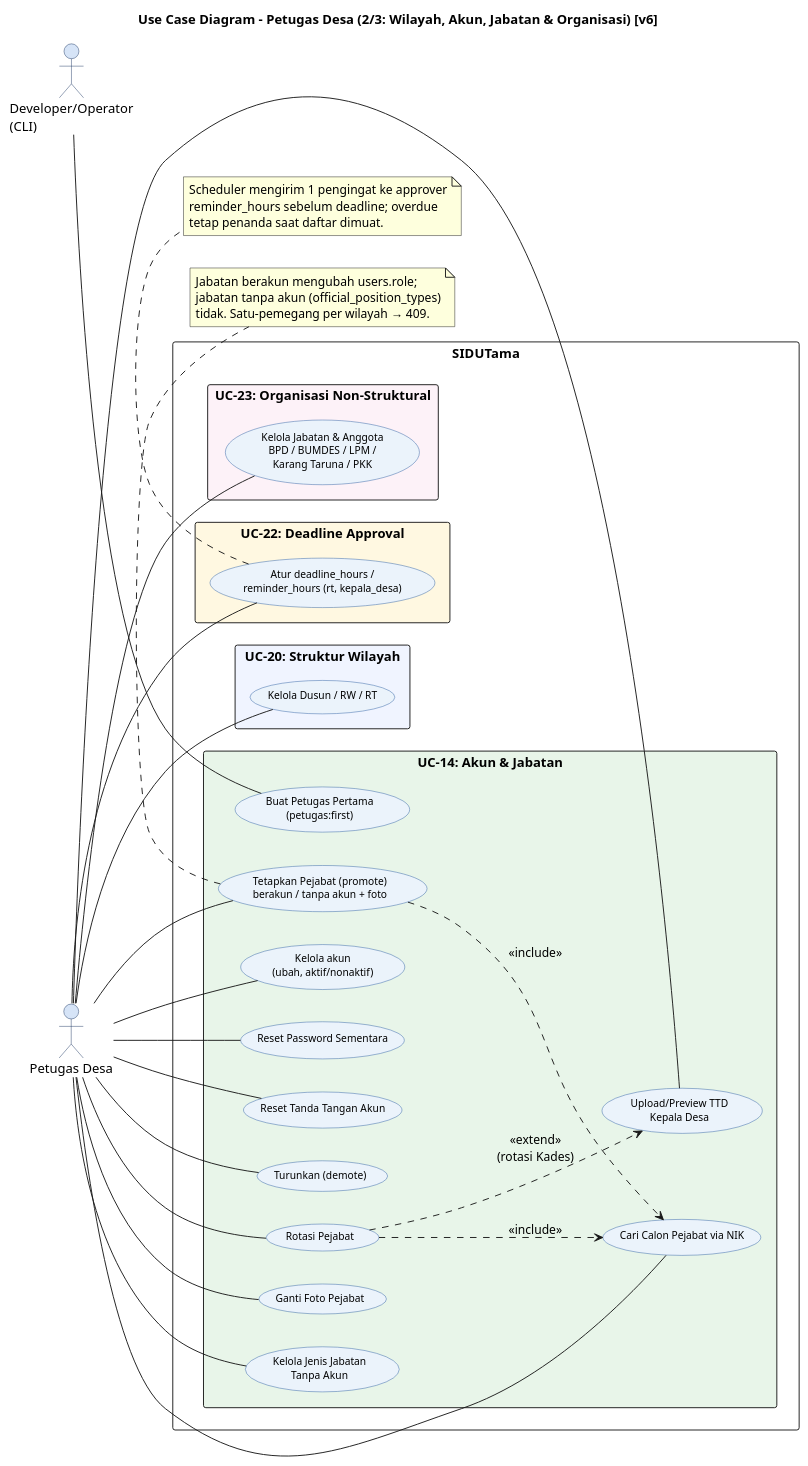
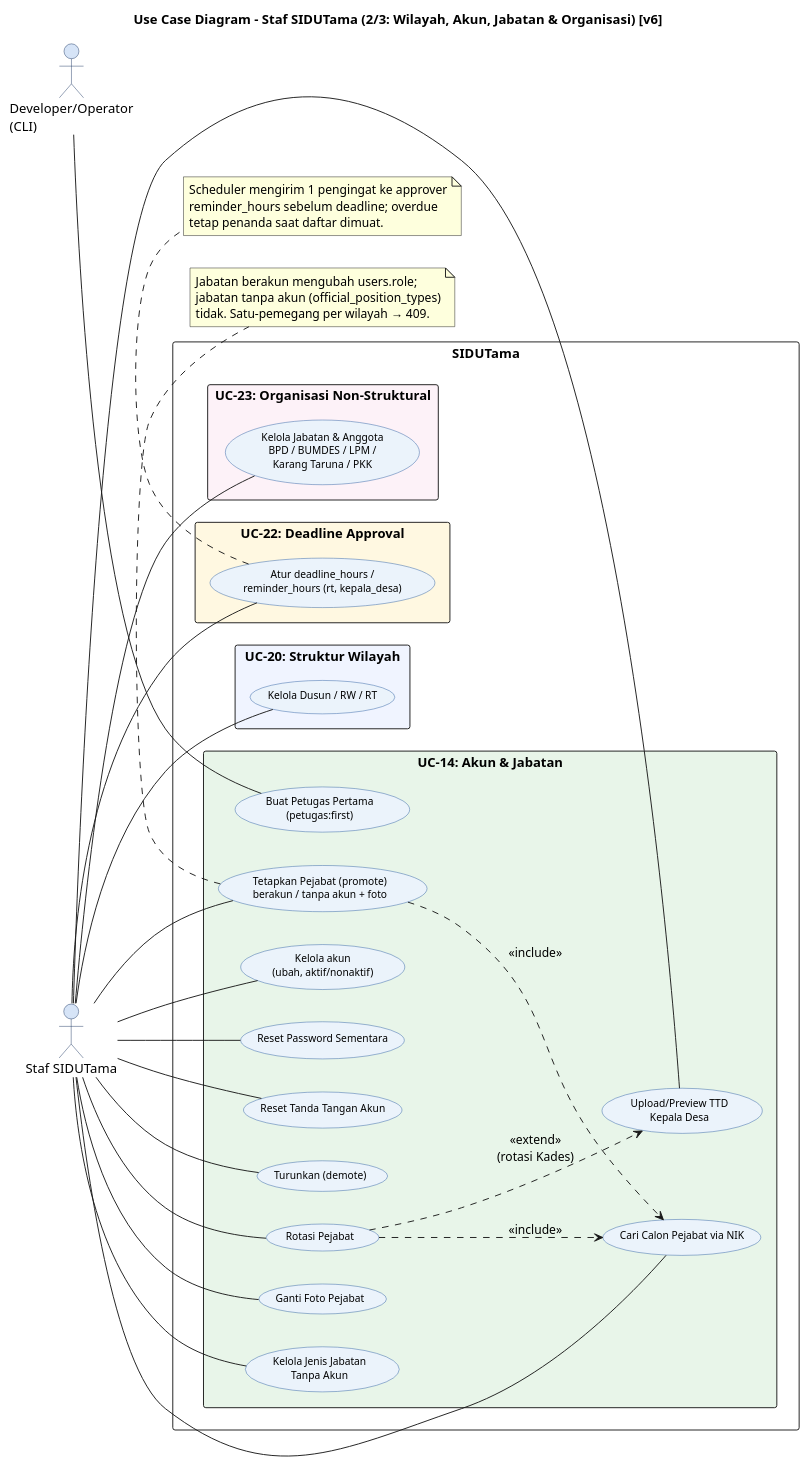
Before and after one commit to Vextronode/sid-app: the diagram in docs/diagram/code/usecase/03_UC_PetugasDesa_WilayahJabatan_v6.puml, drawn with PlantUML. The commit also changed other lines of this file and 458 other files, not shown here.

```diff
--- a/docs/diagram/code/usecase/03_UC_PetugasDesa_WilayahJabatan_v6.puml
+++ b/docs/diagram/code/usecase/03_UC_PetugasDesa_WilayahJabatan_v6.puml
@@ -9,73 +9,73 @@
 @startuml UC_PetugasDesa_Jabatan_v6
 left to right direction
 skinparam packageStyle rectangle
 skinparam backgroundColor #FFFFFF
 skinparam usecase {
   BackgroundColor #EBF3FB
   BorderColor #2E5FA3
   FontName Arial
   FontSize 11
 }
 skinparam actor {
   BackgroundColor #D6E4F7
   BorderColor #1F3864
 }
-title Use Case Diagram - Petugas Desa (2/3: Wilayah, Akun, Jabatan & Organisasi) [v6]
+title Use Case Diagram - Staf SIDUTama (2/3: Wilayah, Akun, Jabatan & Organisasi) [v6]
 
-actor "Petugas Desa" as PD
+actor "Staf SIDUTama" as PD
 actor "Developer/Operator\n(CLI)" as DEV
 
 rectangle "SIDUTama" {
   rectangle "UC-20: Struktur Wilayah" #F0F4FF {
     usecase "Kelola Dusun / RW / RT" as UC_REGION
   }
   rectangle "UC-14: Akun & Jabatan" #E8F5E9 {
     usecase "Kelola akun\n(ubah, aktif/nonaktif)" as UC_USER
     usecase "Reset Password Sementara" as UC_RESETPW
     usecase "Reset Tanda Tangan Akun" as UC_RESETSIG
     usecase "Cari Calon Pejabat via NIK" as UC_CAND
     usecase "Tetapkan Pejabat (promote)\nberakun / tanpa akun + foto" as UC_PROMOTE
     usecase "Turunkan (demote)" as UC_DEMOTE
     usecase "Rotasi Pejabat" as UC_ROTATE
     usecase "Ganti Foto Pejabat" as UC_PHOTO
     usecase "Upload/Preview TTD\nKepala Desa" as UC_KADESSIG
     usecase "Kelola Jenis Jabatan\nTanpa Akun" as UC_POSTYPE
     usecase "Buat Petugas Pertama\n(petugas:first)" as UC_FIRST
   }
   rectangle "UC-22: Deadline Approval" #FFF8E1 {
     usecase "Atur deadline_hours /\nreminder_hours (rt, kepala_desa)" as UC_DEADLINE
   }
   rectangle "UC-23: Organisasi Non-Struktural" #FDF2F8 {
     usecase "Kelola Jabatan & Anggota\nBPD / BUMDES / LPM /\nKarang Taruna / PKK" as UC_ORG
   }
 }
 
 PD -- UC_REGION
 PD -- UC_USER
 PD -- UC_RESETPW
 PD -- UC_RESETSIG
 PD -- UC_CAND
 PD -- UC_PROMOTE
 PD -- UC_DEMOTE
 PD -- UC_ROTATE
 PD -- UC_PHOTO
 PD -- UC_KADESSIG
 PD -- UC_POSTYPE
 PD -- UC_DEADLINE
 PD -- UC_ORG
 DEV -- UC_FIRST
 UC_PROMOTE ..> UC_CAND : <<include>>
 UC_ROTATE ..> UC_CAND : <<include>>
 UC_ROTATE ..> UC_KADESSIG : <<extend>>\n(rotasi Kades)
 
 note bottom of UC_PROMOTE
   Jabatan berakun mengubah users.role;
   jabatan tanpa akun (official_position_types)
   tidak. Satu-pemegang per wilayah → 409.
 end note
 note bottom of UC_DEADLINE
   Scheduler mengirim 1 pengingat ke approver
   reminder_hours sebelum deadline; overdue
   tetap penanda saat daftar dimuat.
 end note
 @enduml
```
